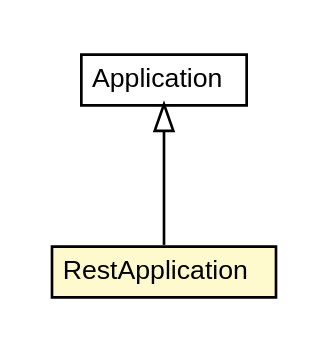
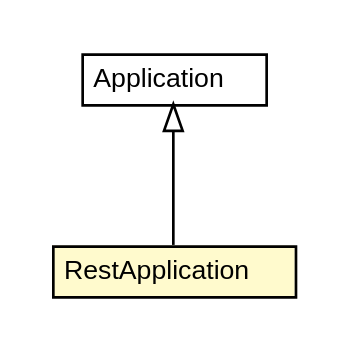
The diagram in doxdb-sample-web/apidocs/net/trajano/doxdb/sample/web/RestApplication.dot (trajano/doxdb), drawn with Graphviz before and after one commit. The commit also changed 134 other files, not shown here.

```diff
--- a/doxdb-sample-web/apidocs/net/trajano/doxdb/sample/web/RestApplication.dot
+++ b/doxdb-sample-web/apidocs/net/trajano/doxdb/sample/web/RestApplication.dot
@@ -1,26 +1,26 @@
 #!/usr/local/bin/dot
 #
 # Class diagram 
 # Generated by UMLGraph version R5_6-24-gf6e263 (http://www.umlgraph.org/)
 #
 
 digraph G {
-	edge [fontname="arial",fontsize=10,labelfontname="arial",labelfontsize=10];
-	node [fontname="arial",fontsize=10,shape=plaintext];
+	edge [fontname="Helvetica",fontsize=10,labelfontname="Helvetica",labelfontsize=10];
+	node [fontname="Helvetica",fontsize=10,shape=plaintext];
 	nodesep=0.25;
 	ranksep=0.5;
 	// net.trajano.doxdb.sample.web.RestApplication
-	c126 [label=<<table title="net.trajano.doxdb.sample.web.RestApplication" border="0" cellborder="1" cellspacing="0" cellpadding="2" port="p" bgcolor="lemonChiffon" href="./RestApplication.html">
+	c124 [label=<<table title="net.trajano.doxdb.sample.web.RestApplication" border="0" cellborder="1" cellspacing="0" cellpadding="2" port="p" bgcolor="lemonChiffon" href="./RestApplication.html">
 		<tr><td><table border="0" cellspacing="0" cellpadding="1">
 <tr><td align="center" balign="center"> RestApplication </td></tr>
 		</table></td></tr>
-		</table>>, URL="./RestApplication.html", fontname="arial", fontcolor="black", fontsize=10.0];
+		</table>>, URL="./RestApplication.html", fontname="Helvetica", fontcolor="black", fontsize=10.0];
 	//net.trajano.doxdb.sample.web.RestApplication extends javax.ws.rs.core.Application
-	c133:p -> c126:p [dir=back,arrowtail=empty];
+	c133:p -> c124:p [dir=back,arrowtail=empty];
 	// javax.ws.rs.core.Application
 	c133 [label=<<table title="javax.ws.rs.core.Application" border="0" cellborder="1" cellspacing="0" cellpadding="2" port="p" href="http://java.sun.com/j2se/1.4.2/docs/api/javax/ws/rs/core/Application.html">
 		<tr><td><table border="0" cellspacing="0" cellpadding="1">
 <tr><td align="center" balign="center"> Application </td></tr>
 		</table></td></tr>
-		</table>>, URL="http://java.sun.com/j2se/1.4.2/docs/api/javax/ws/rs/core/Application.html", fontname="arial", fontcolor="black", fontsize=10.0];
+		</table>>, URL="http://java.sun.com/j2se/1.4.2/docs/api/javax/ws/rs/core/Application.html", fontname="Helvetica", fontcolor="black", fontsize=10.0];
 }
```
